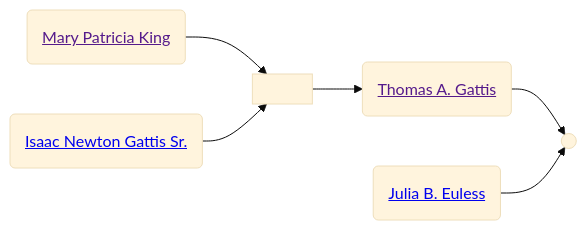
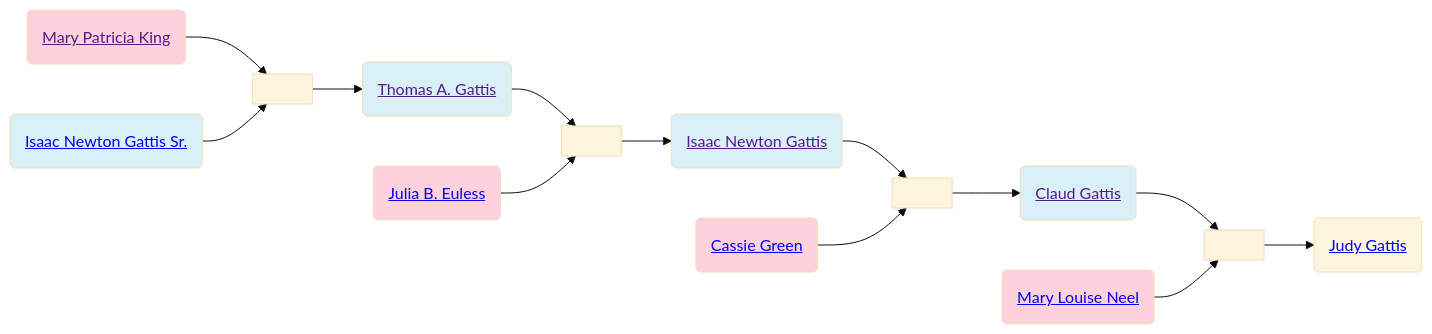
One commit to neelsmith/avocational changed the diagram in familyhistory/sources/people/Gattis-line/Mary_Patricia_King.qmd. Above: the diagram before and after it, drawn with Mermaid (base theme). The commit also changed 91 other files, not shown here.

Commit message:
Rebuild descendant diagrams

````diff
--- a/familyhistory/sources/people/Gattis-line/Mary_Patricia_King.qmd
+++ b/familyhistory/sources/people/Gattis-line/Mary_Patricia_King.qmd
@@ -26,14 +26,32 @@
 ```{mermaid}
 graph LR
+%% LR descendant diagram
 class Mary_Patricia_King_and_Isaac_Newton_Gattis_Sr. marriage
 Mary_Patricia_King(<a href=''>Mary Patricia King</>) --> Mary_Patricia_King_and_Isaac_Newton_Gattis_Sr.[ ]
 Isaac_Newton_Gattis_Sr.(<a href='./Isaac_Newton_Gattis_Sr..html'>Isaac Newton Gattis Sr.</>) --> Mary_Patricia_King_and_Isaac_Newton_Gattis_Sr.(( ))
+class Isaac_Newton_Gattis_Sr. father
+class Mary_Patricia_King mother
 Mary_Patricia_King_and_Isaac_Newton_Gattis_Sr.[ ] --> Thomas_A._Gattis(<a href='./Thomas_A._Gattis.html'>Thomas A. Gattis</>)
 class Thomas_A._Gattis_and_Julia_B._Euless marriage
 Thomas_A._Gattis(<a href=''>Thomas A. Gattis</>) --> Thomas_A._Gattis_and_Julia_B._Euless[ ]
 Julia_B._Euless(<a href='./Euless-line/Julia_B._Euless.html'>Julia B. Euless</>) --> Thomas_A._Gattis_and_Julia_B._Euless(( ))
+class Thomas_A._Gattis father
+class Julia_B._Euless mother
+Thomas_A._Gattis_and_Julia_B._Euless[ ] --> Isaac_Newton_Gattis(<a href='./Isaac_Newton_Gattis.html'>Isaac Newton Gattis</>)
+class Isaac_Newton_Gattis_and_Cassie_Green marriage
+Isaac_Newton_Gattis(<a href=''>Isaac Newton Gattis</>) --> Isaac_Newton_Gattis_and_Cassie_Green[ ]
+Cassie_Green(<a href='./Green-line/Cassie_Green.html'>Cassie Green</>) --> Isaac_Newton_Gattis_and_Cassie_Green(( ))
+class Isaac_Newton_Gattis father
+class Cassie_Green mother
+Isaac_Newton_Gattis_and_Cassie_Green[ ] --> Claud_Gattis(<a href='./Claud_Gattis.html'>Claud Gattis</>)
+class Claud_Gattis_and_Mary_Louise_Neel marriage
+Claud_Gattis(<a href=''>Claud Gattis</>) --> Claud_Gattis_and_Mary_Louise_Neel[ ]
+Mary_Louise_Neel(<a href='./../Neel-line/Mary_Louise_Neel.html'>Mary Louise Neel</>) --> Claud_Gattis_and_Mary_Louise_Neel(( ))
+class Claud_Gattis father
+class Mary_Louise_Neel mother
+Claud_Gattis_and_Mary_Louise_Neel[ ] --> Judy_Gattis(<a href='./Judy_Gattis.html'>Judy Gattis</>)
 classDef mother fill:#ffd1dc
 classDef father fill:#daf0f7  
 classDef marriage fill:#ffffff
 
 ```
````
